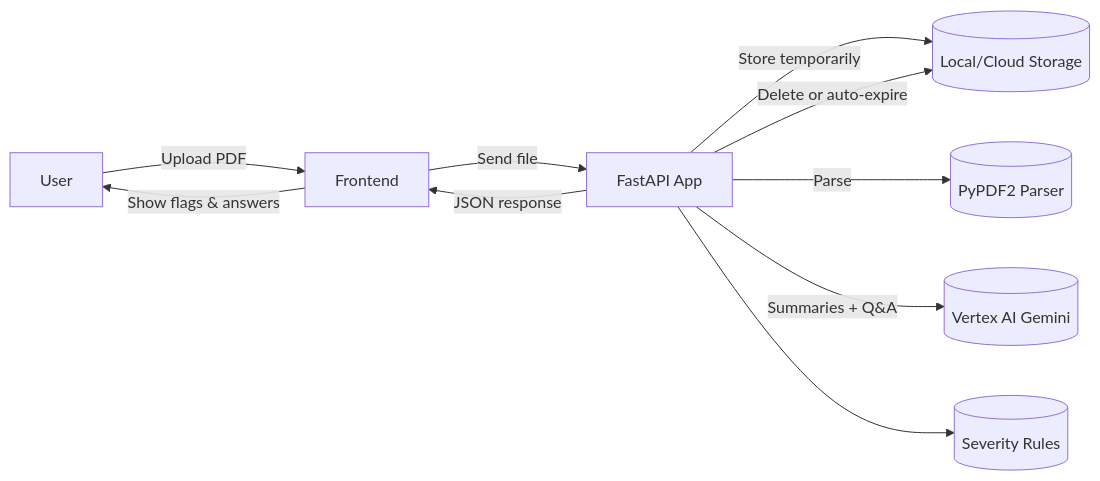
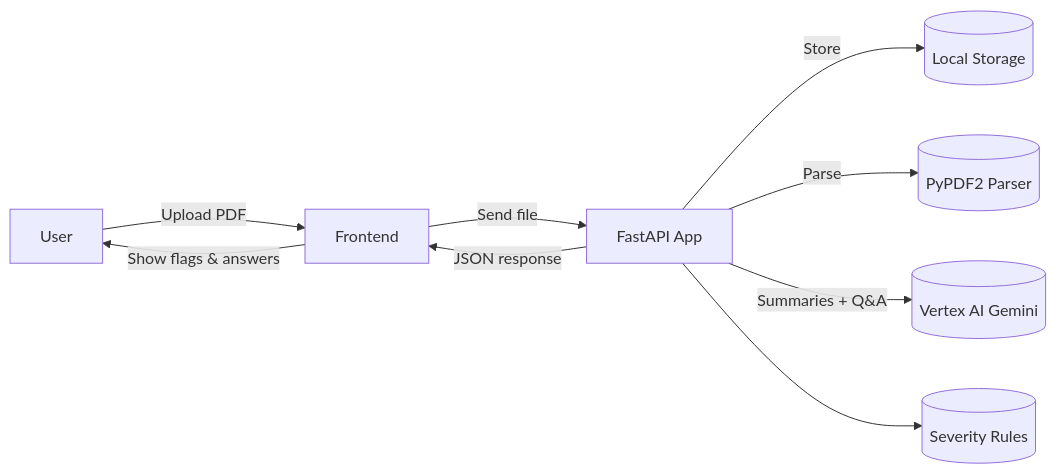
Before and after one commit to Yashaswini0110/PDD: the diagram in README.md, drawn with Mermaid. The commit also changed other lines of this file, not shown here.

Commit message:
Fix README: remove unimplemented features and update diagrams links

````diff
--- a/README.md
+++ b/README.md
@@ -25,12 +25,11 @@
 ```mermaid
 flowchart LR
     User -->|Upload PDF| Frontend
     Frontend -->|Send file| Backend[FastAPI App]
-    Backend -->|Store temporarily| Storage[(Local/Cloud Storage)]
+    Backend -->|Store| Storage[(Local Storage)]
     Backend -->|Parse| PyPDF2[(PyPDF2 Parser)]
     Backend -->|Summaries + Q&A| Gemini[(Vertex AI Gemini)]
     Backend --> SeverityEngine[(Severity Rules)]
     Backend -->|JSON response| Frontend
     Frontend -->|Show flags & answers| User
-    Backend -->|Delete or auto-expire| Storage
 ```
````
